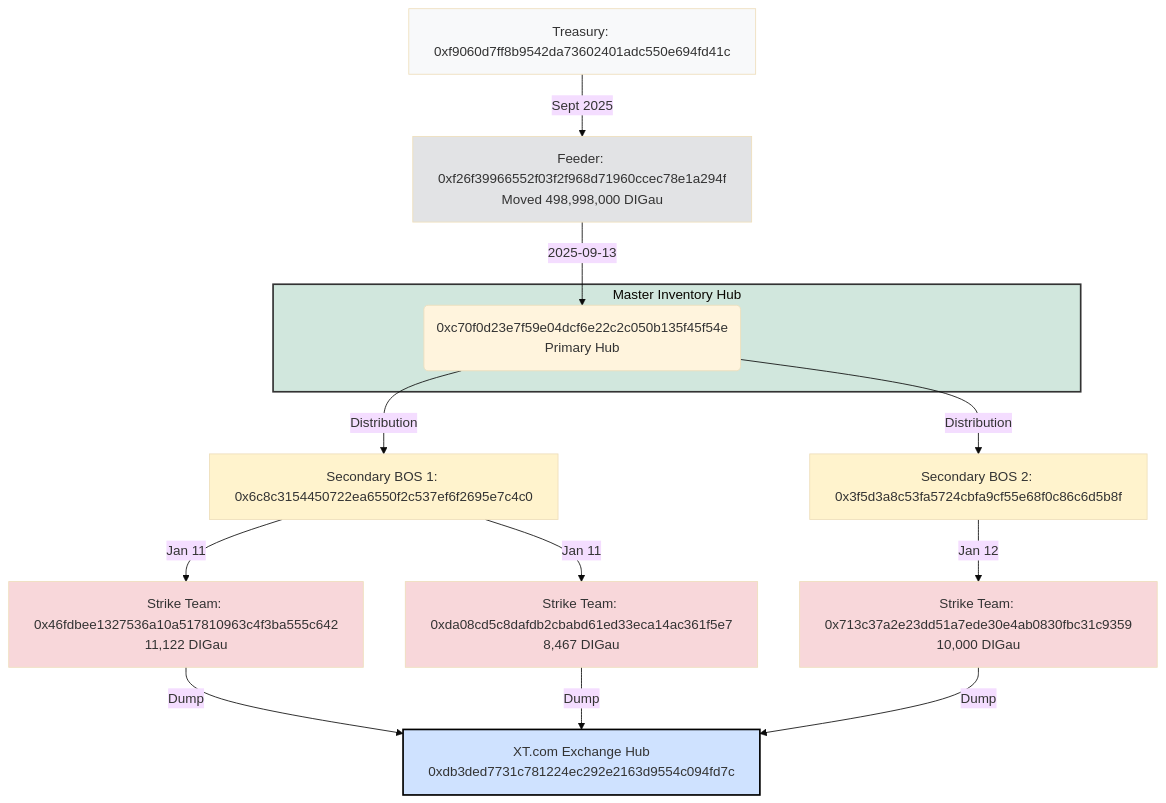
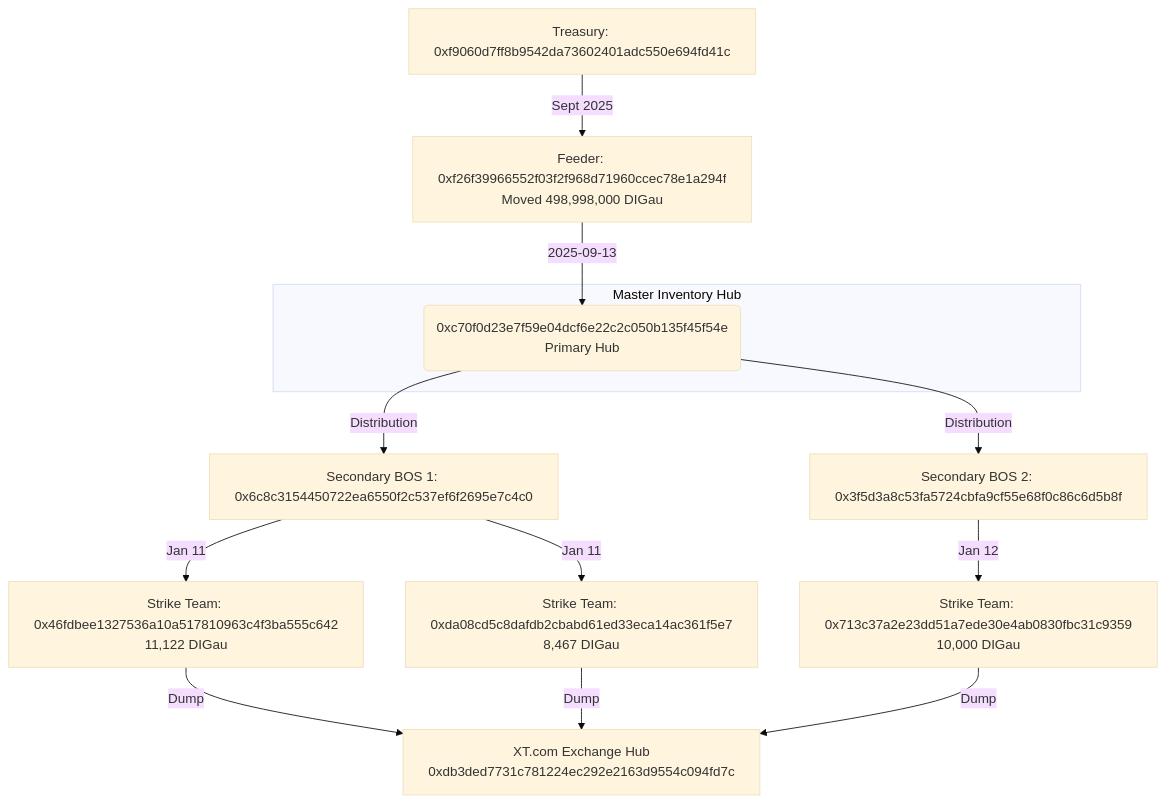
Before and after one commit to commentors-net/Releases: the diagram in 2026-03-20.md, drawn with Mermaid (base theme).

Commit message:
Remove styling definitions from 2026-03-20.md
Removed styling definitions for various elements.

````diff
--- a/2026-03-20.md
+++ b/2026-03-20.md
@@ -1,38 +1,28 @@
 ```mermaid
 graph TD
     %% Treasury Layer
     T[Treasury: 0xf9060d7ff8b9542da73602401adc550e694fd41c] -->|Sept 2025| F
 
     %% Feeder Layer
     F[Feeder: 0xf26f39966552f03f2f968d71960ccec78e1a294f<br/>Moved 498,998,000 DIGau] -->|2025-09-13| P
 
     %% Primary Hub
     subgraph Primary_Vault [Master Inventory Hub]
     P(0xc70f0d23e7f59e04dcf6e22c2c050b135f45f54e<br/>Primary Hub)
     end
 
     %% Secondary / BOS Layer
     P -->|Distribution| BOS1[Secondary BOS 1: 0x6c8c3154450722ea6550f2c537ef6f2695e7c4c0]
     P -->|Distribution| BOS2[Secondary BOS 2: 0x3f5d3a8c53fa5724cbfa9cf55e68f0c86c6d5b8f]
 
     %% Strike Team (Clients)
     BOS1 -->|Jan 11| C1[Strike Team: 0x46fdbee1327536a10a517810963c4f3ba555c642<br/>11,122 DIGau]
     BOS1 -->|Jan 11| C2[Strike Team: 0xda08cd5c8dafdb2cbabd61ed33eca14ac361f5e7<br/>8,467 DIGau]
     BOS2 -->|Jan 12| C3[Strike Team: 0x713c37a2e23dd51a7ede30e4ab0830fbc31c9359<br/>10,000 DIGau]
 
     %% Destination
     C1 -->|Dump| XT[XT.com Exchange Hub<br/>0xdb3ded7731c781224ec292e2163d9554c094fd7c]
     C2 -->|Dump| XT
     C3 -->|Dump| XT
 
-    %% Styling
-    style Primary_Vault fill:#d1e7dd,stroke:#333,stroke-width:2px
-    style XT fill:#cfe2ff,stroke:#000,stroke-width:2px
-    style T fill:#f8f9fa
-    style F fill:#e2e3e5
-    style BOS1 fill:#fff3cd
-    style BOS2 fill:#fff3cd
-    style C1 fill:#f8d7da
-    style C2 fill:#f8d7da
-    style C3 fill:#f8d7da
 ```
````
